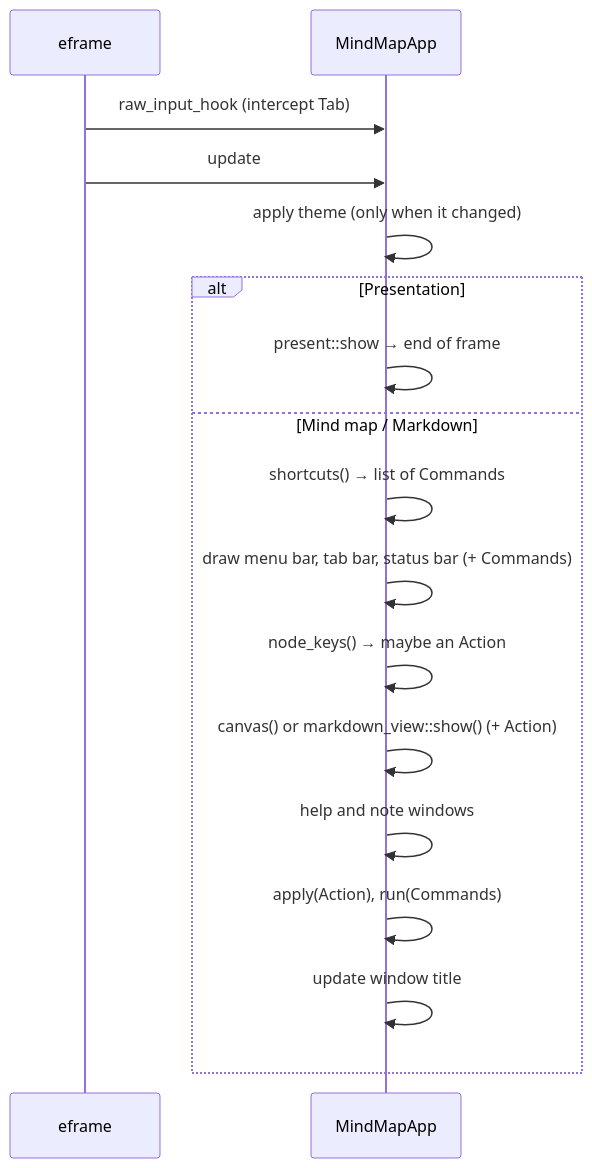
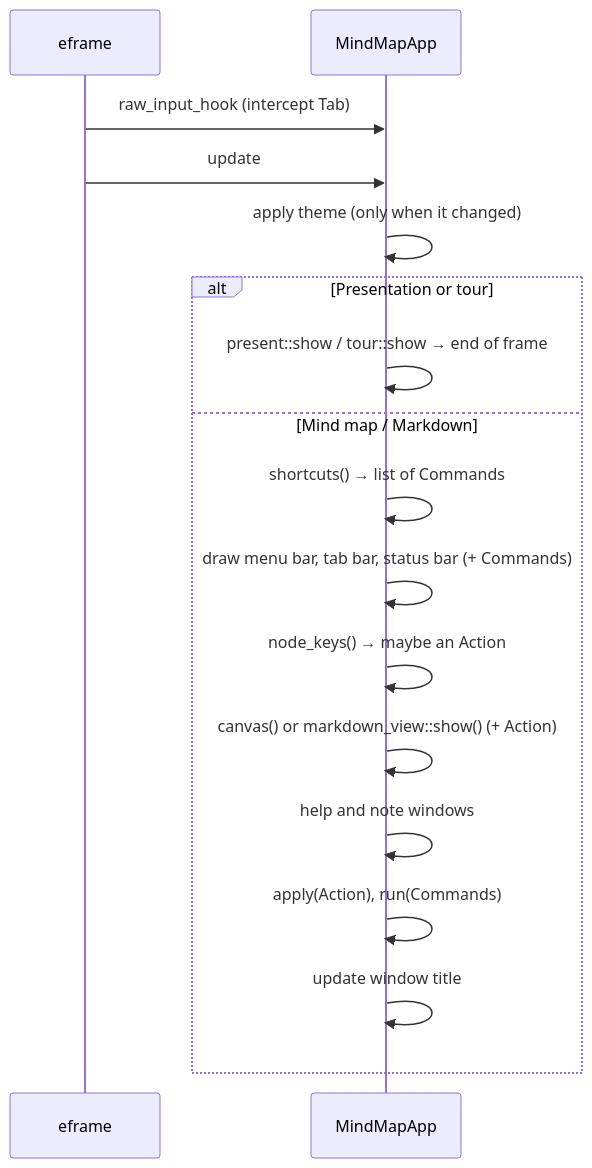
The second of 3 diagrams in docs/ARCHITECTURE.md (tj537/mindful), drawn with Mermaid before and after one commit. The commit also changed other lines of this file and 8 other files, not shown here.

````diff
--- a/docs/ARCHITECTURE.md
+++ b/docs/ARCHITECTURE.md
@@ -76,19 +82,19 @@
 ```mermaid
 sequenceDiagram
     participant E as eframe
     participant A as MindMapApp
     E->>A: raw_input_hook (intercept Tab)
     E->>A: update
     A->>A: apply theme (only when it changed)
-    alt Presentation
-        A->>A: present::show → end of frame
+    alt Presentation or tour
+        A->>A: present::show / tour::show → end of frame
     else Mind map / Markdown
         A->>A: shortcuts() → list of Commands
         A->>A: draw menu bar, tab bar, status bar (+ Commands)
         A->>A: node_keys() → maybe an Action
         A->>A: canvas() or markdown_view::show() (+ Action)
         A->>A: help and note windows
         A->>A: apply(Action), run(Commands)
         A->>A: update window title
     end
 ```
````
